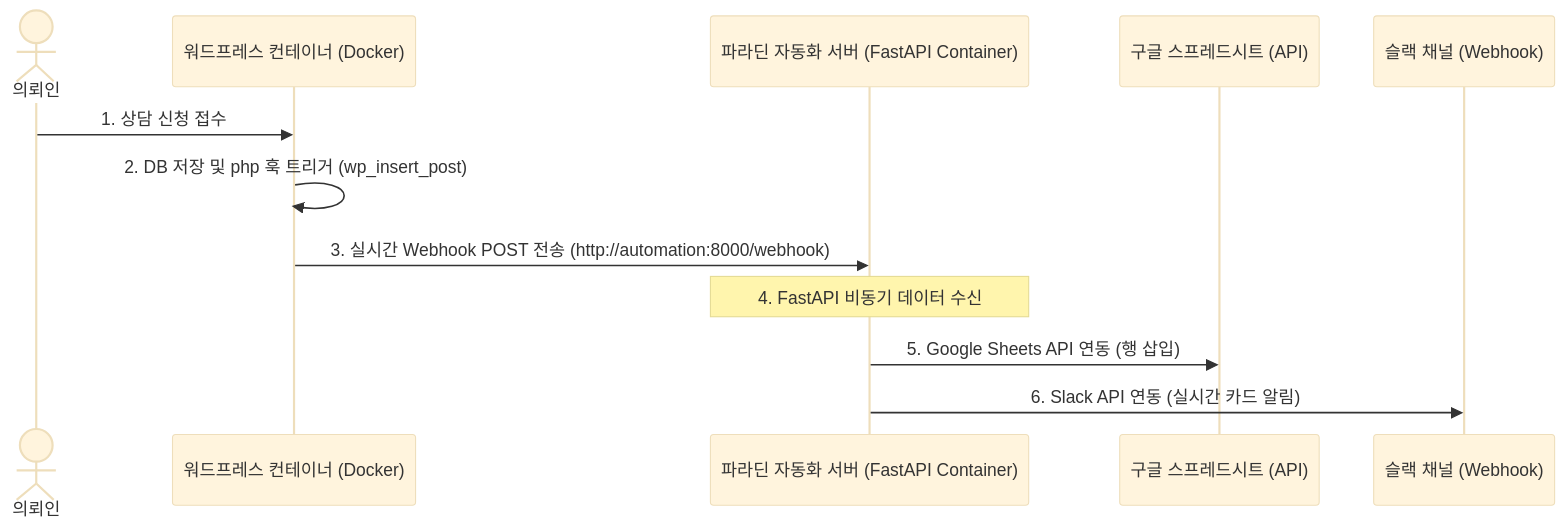
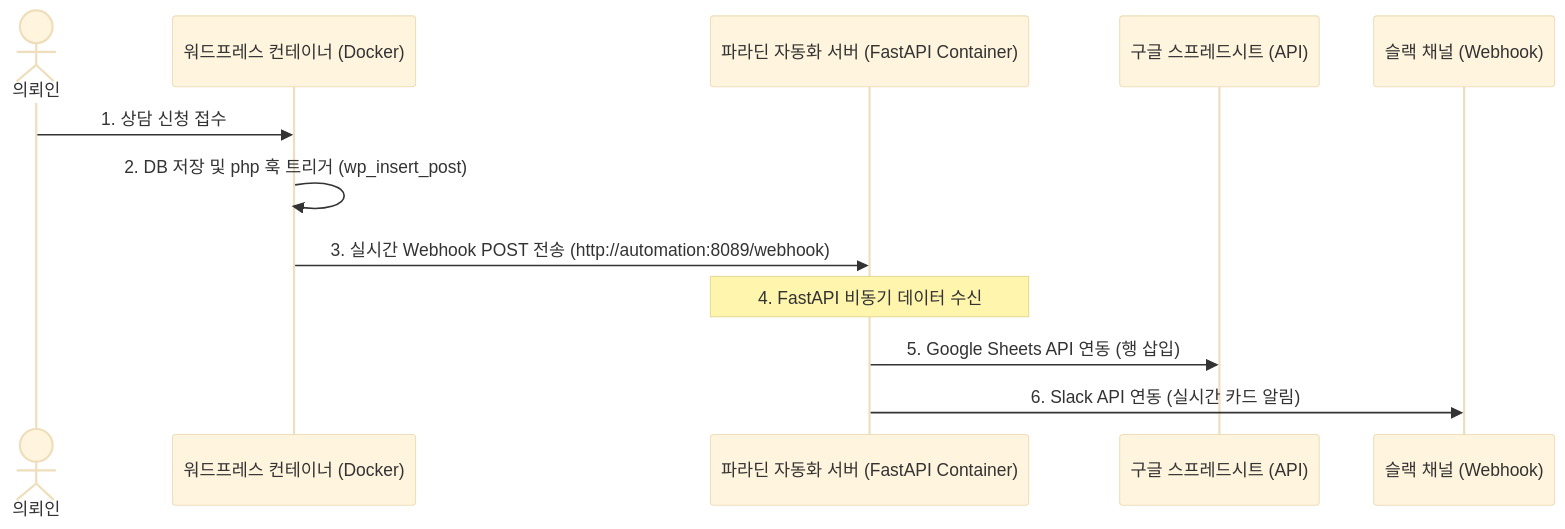
The diagram in docs/python-automation-plan.md (space-cap/wordpress-dev), drawn with Mermaid (base theme) before and after one commit. The commit also changed other lines of this file, not shown here.

Commit message:
docs: Change Python automation port mapping to 8089 in plan

````diff
--- a/docs/python-automation-plan.md
+++ b/docs/python-automation-plan.md
@@ -11,15 +11,15 @@
 ```mermaid
 sequenceDiagram
     actor 의뢰인
     participant WP as 워드프레스 컨테이너 (Docker)
     participant Py as 파라딘 자동화 서버 (FastAPI Container)
     participant GS as 구글 스프레드시트 (API)
     participant Slack as 슬랙 채널 (Webhook)
 
     의뢰인->>WP: 1. 상담 신청 접수
     WP->>WP: 2. DB 저장 및 php 훅 트리거 (wp_insert_post)
-    WP->>Py: 3. 실시간 Webhook POST 전송 (http://automation:8000/webhook)
+    WP->>Py: 3. 실시간 Webhook POST 전송 (http://automation:8089/webhook)
     Note over Py: 4. FastAPI 비동기 데이터 수신
     Py->>GS: 5. Google Sheets API 연동 (행 삽입)
     Py->>Slack: 6. Slack API 연동 (실시간 카드 알림)
 ```
````
